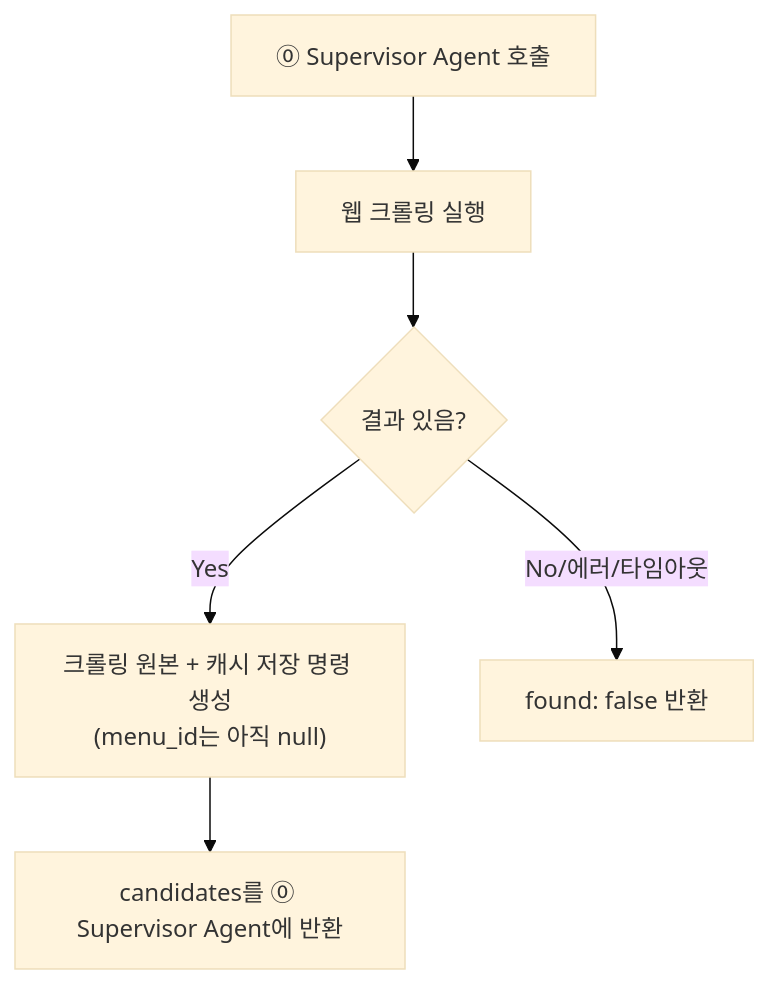
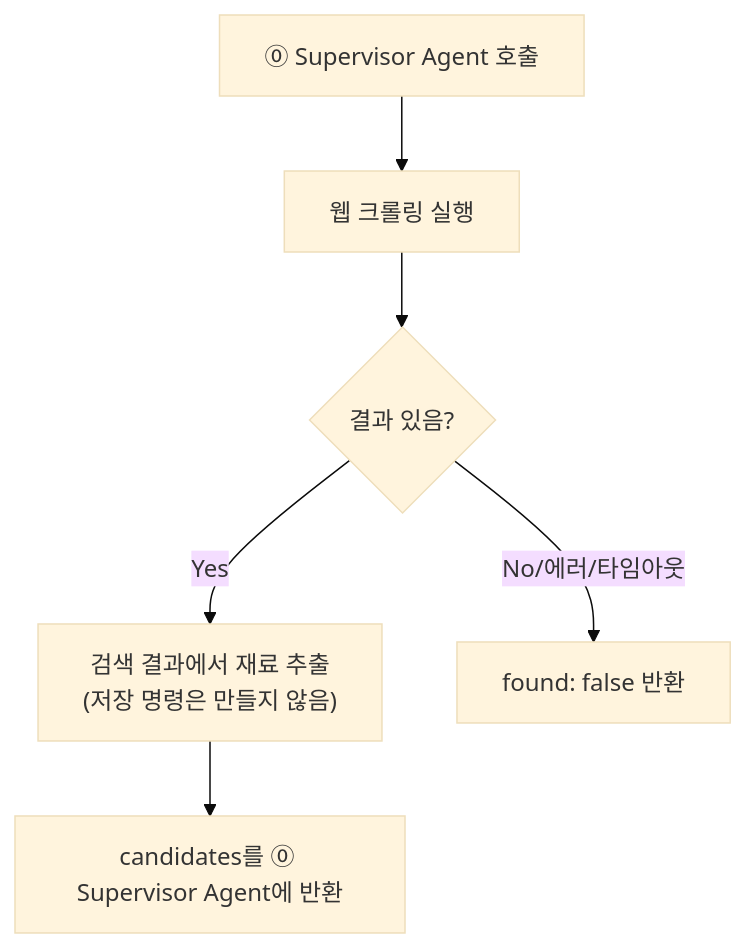
The second of 2 diagrams in docs/agent-6-websearch.md (Han-Spoon/ai), drawn with Mermaid (base theme) before and after one commit. The commit also changed other lines of this file, not shown here.

````diff
--- a/docs/agent-6-websearch.md
+++ b/docs/agent-6-websearch.md
@@ -83,8 +85,8 @@
 ```mermaid
 flowchart TD
     S[⓪ Supervisor Agent 호출] --> Q[웹 크롤링 실행]
     Q --> R{결과 있음?}
-    R -->|Yes| C["크롤링 원본 + 캐시 저장 명령 생성<br/>(menu_id는 아직 null)"]
+    R -->|Yes| C["검색 결과에서 재료 추출<br/>(저장 명령은 만들지 않음)"]
     R -->|No/에러/타임아웃| F["found: false 반환"]
     C --> OUT["candidates를 ⓪ Supervisor Agent에 반환"]
 ```
````
